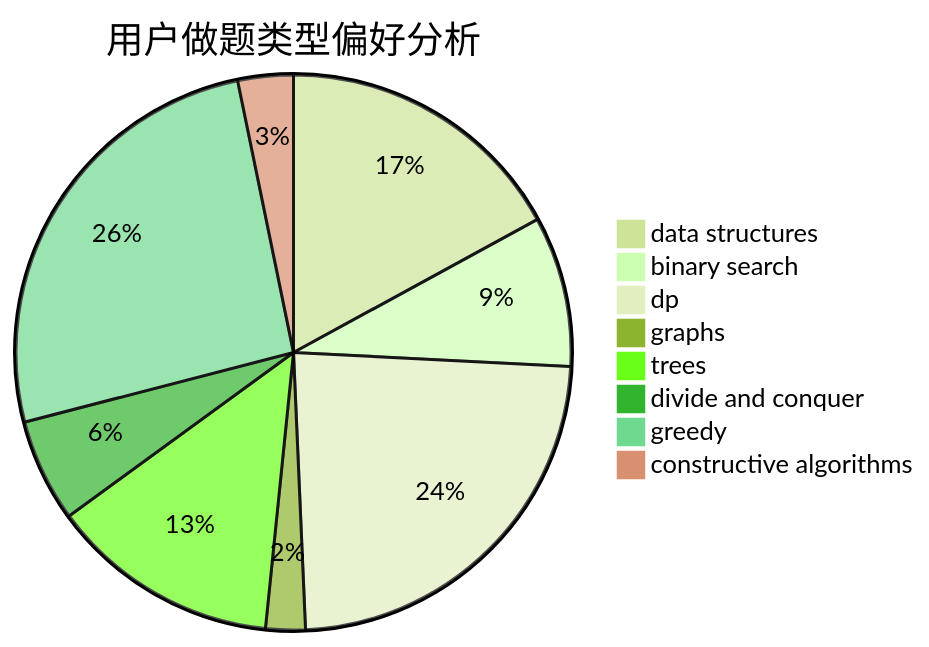
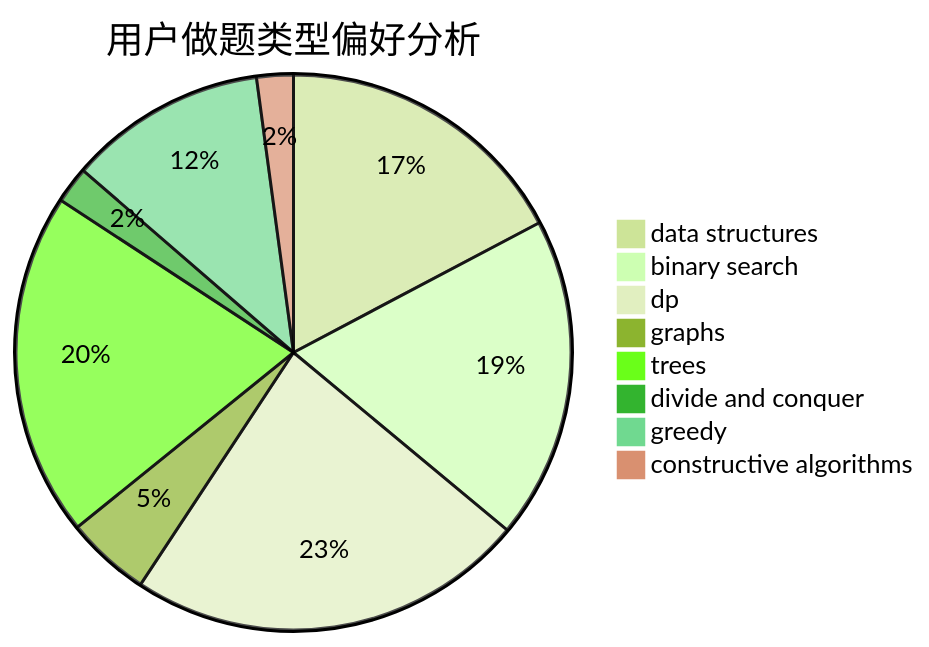
One commit to sherpahu/cfrs.github.io changed the second of 3 diagrams in docs/user/u2170.md. Above: the diagram before and after it, drawn with Mermaid (forest theme). The commit also changed other lines of this file and 2770 other files, not shown here.

````diff
--- a/docs/user/u2170.md
+++ b/docs/user/u2170.md
@@ -23,11 +23,11 @@
 ```mermaid
 pie title 用户做题类型偏好分析
-    "data structures" :  37
-    "binary search" :  19
-    "dp" :  51
-    "graphs" :  5
-    "trees" :  29
-    "divide and conquer" :  13
-    "greedy" :  56
-    "constructive algorithms" :  7
+    "data structures" :  81
+    "binary search" :  88
+    "dp" :  109
+    "graphs" :  23
+    "trees" :  94
+    "divide and conquer" :  10
+    "greedy" :  54
+    "constructive algorithms" :  10
 ```
````
